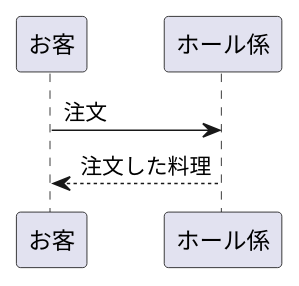
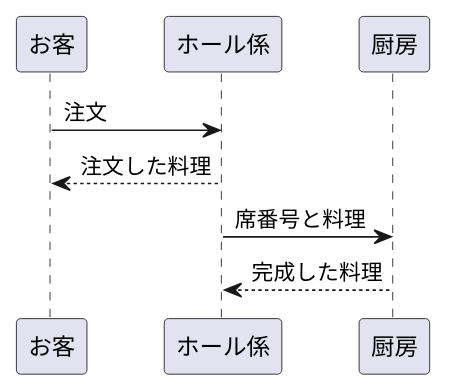
The diagram in testumld.md (Aso2001376/2021sys-design), drawn with PlantUML before and after one commit.

````diff
--- a/testumld.md
+++ b/testumld.md
@@ -1,8 +1,8 @@
 ```uml
 @startuml
 お客 -> ホール係: 注文
-
-
 ホール係 --> お客: 注文した料理
+ホール係 -> 厨房: 席番号と料理
+厨房 --> ホール係: 完成した料理
 @enduml
 ```
````
